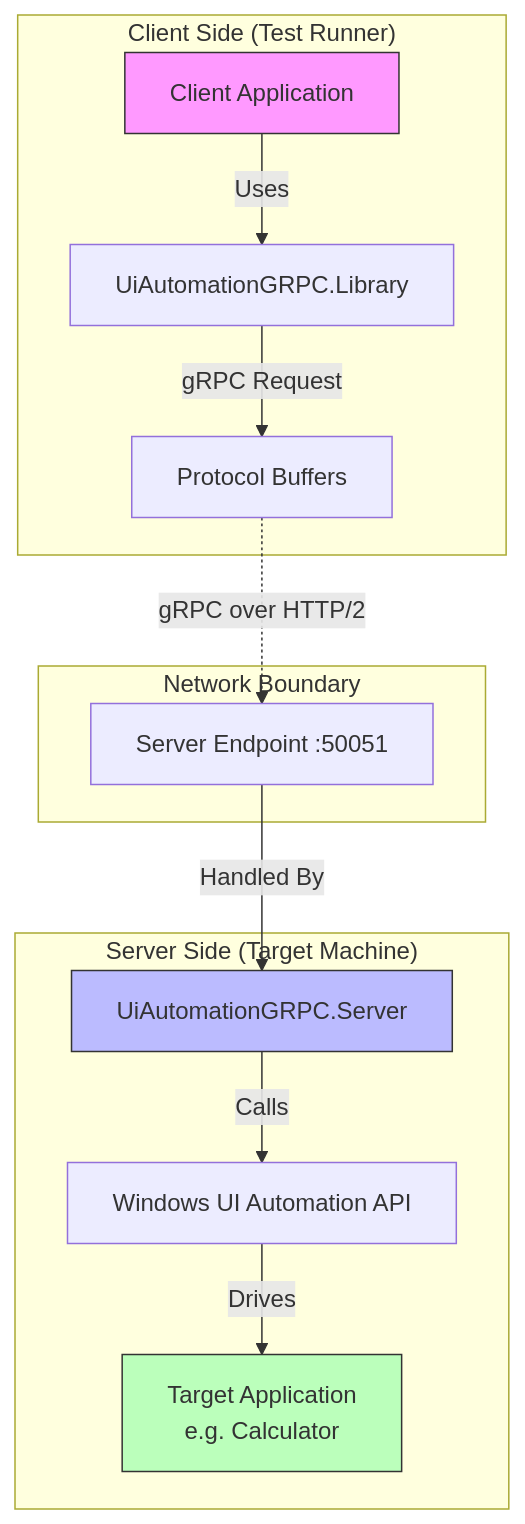
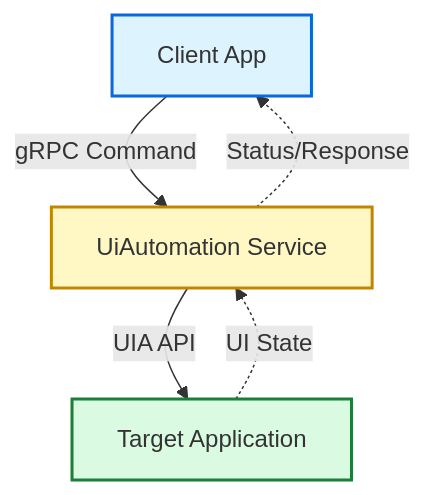
Before and after one commit to Donsezan/UiAutomationGRPC: the diagram in README.md, drawn with Mermaid. The commit also changed 3 other files, not shown here.

Commit message:
feat: Add mouse automation helper, implement client example for UI interactions, and update README diagram.

````diff
--- a/README.md
+++ b/README.md
@@ -21,21 +21,16 @@
 ```mermaid
 graph TD
-    subgraph "Client Side (Test Runner)"
-        ClientApp[Client Application] -->|Uses| Lib[UiAutomationGRPC.Library]
-        Lib -->|gRPC Request| Proto[Protocol Buffers]
-    end
+    Client[Client App] -->|gRPC Command| Server[UiAutomation Service]
+    Server -->|UIA API| Target[Target Application]
+    Target -.->|UI State| Server
+    Server -.->|Status/Response| Client
 
-    subgraph "Network Boundary"
-        Proto -.->|gRPC over HTTP/2| ServerEndpoint[Server Endpoint :50051]
-    end
+    %% GitHub-like styling
+    classDef client fill:#ddf4ff,stroke:#0969da,stroke-width:2px;
+    classDef server fill:#fff8c5,stroke:#bf8700,stroke-width:2px;
+    classDef target fill:#dafbe1,stroke:#1a7f37,stroke-width:2px;
 
-    subgraph "Server Side (Target Machine)"
-        ServerEndpoint -->|Handled By| Service[UiAutomationGRPC.Server]
-        Service -->|Calls| UIA[Windows UI Automation API]
-        UIA -->|Drives| TargetApp[Target Application\ne.g. Calculator]
-    end
-
-    style ClientApp fill:#f9f,stroke:#333
-    style Service fill:#bbf,stroke:#333
-    style TargetApp fill:#bfb,stroke:#333
+    class Client client;
+    class Server server;
+    class Target target;
 ```
````
